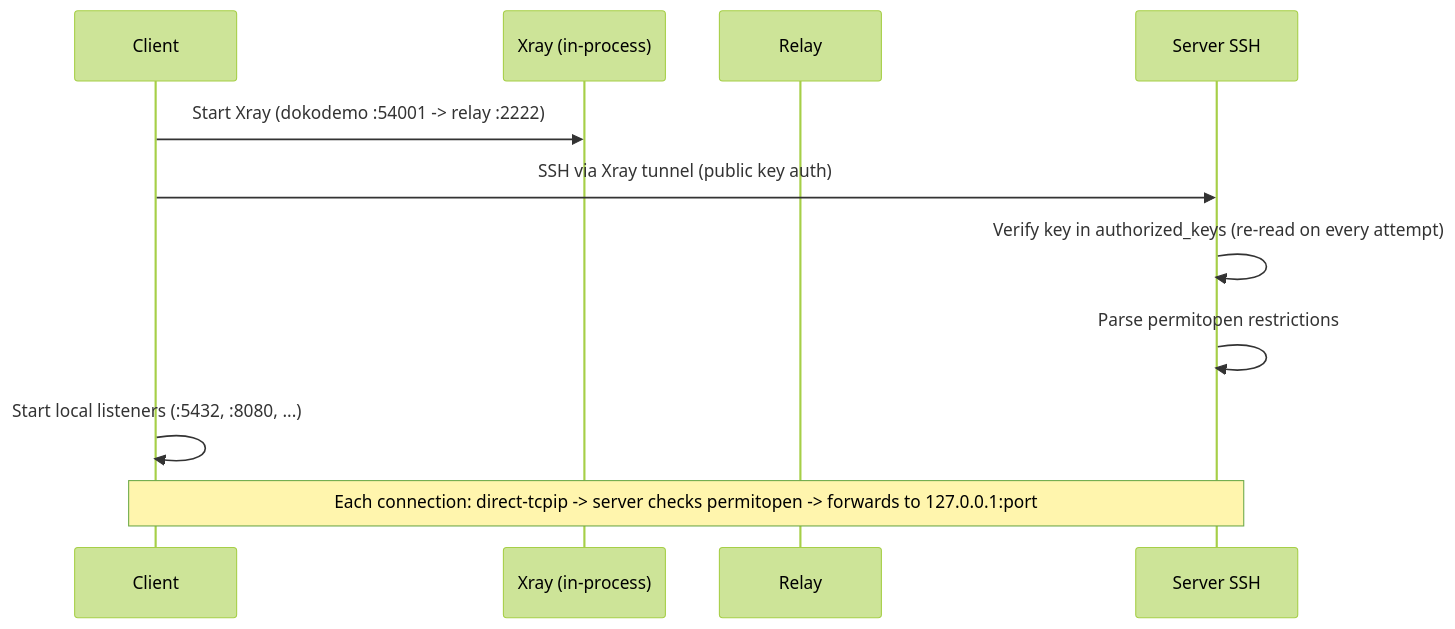
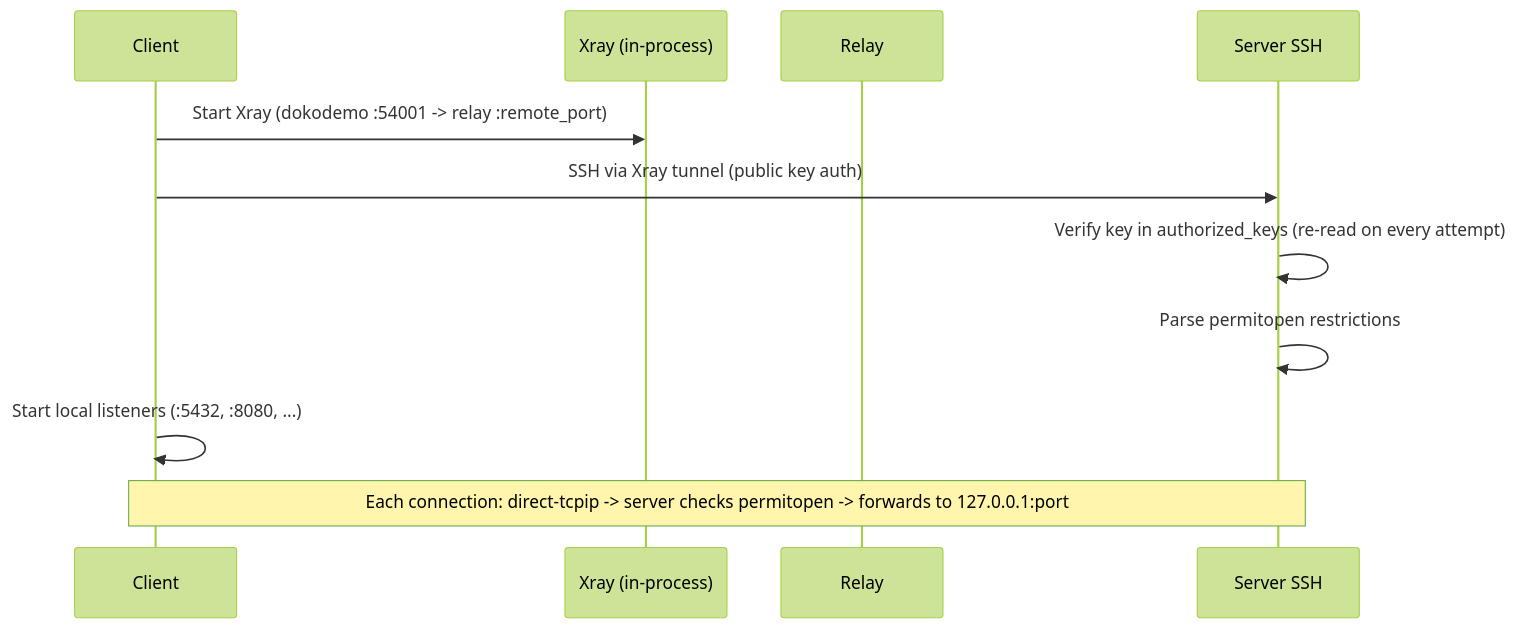
One commit to Tunnel-Whisperer/Tunnel-Whisperer changed the fifth of 6 diagrams in docs/architecture/runtime-views.md. Above: the diagram before and after it, drawn with Mermaid (forest theme). The commit also changed other lines of this file and 45 other files, not shown here.

````diff
--- a/docs/architecture/runtime-views.md
+++ b/docs/architecture/runtime-views.md
@@ -137,14 +175,14 @@
 ```mermaid
 sequenceDiagram
     participant CL as Client
     participant X as Xray (in-process)
     participant R as Relay
     participant S as Server SSH
 
-    CL ->> X: Start Xray (dokodemo :54001 -> relay :2222)
+    CL ->> X: Start Xray (dokodemo :54001 -> relay :remote_port)
     CL ->> S: SSH via Xray tunnel (public key auth)
     S ->> S: Verify key in authorized_keys (re-read on every attempt)
     S ->> S: Parse permitopen restrictions
     CL ->> CL: Start local listeners (:5432, :8080, ...)
     Note over CL,S: Each connection: direct-tcpip -> server checks permitopen -> forwards to 127.0.0.1:port
 ```
````
